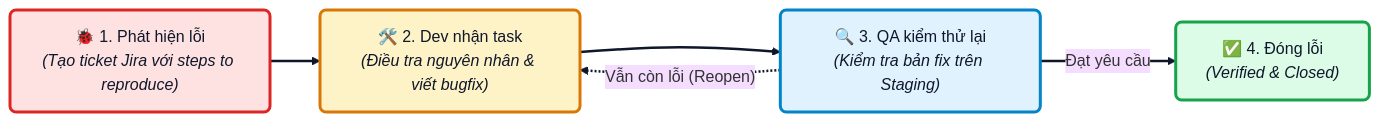
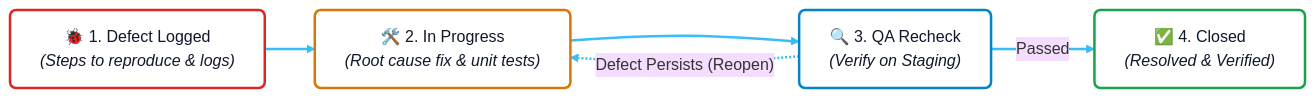
One commit to Huy210205/ts-learning changed the sixth of 8 diagrams in PRODUCT-DEVELOPMENT-PROCESS.md. Above: the diagram before and after it, drawn with Mermaid. The commit also changed other lines of this file, not shown here.

````diff
--- a/PRODUCT-DEVELOPMENT-PROCESS.md
+++ b/PRODUCT-DEVELOPMENT-PROCESS.md
@@ -264,20 +242,20 @@
 ```mermaid
 %%{init: {'theme': 'base', 'themeVariables': { 'fontFamily': 'sans-serif' }}}%%
 flowchart LR
-    classDef newBug fill:#fee2e2,stroke:#dc2626,stroke-width:3px,color:#0f172a,rx:6px,ry:6px
-    classDef devFix fill:#fef3c7,stroke:#d97706,stroke-width:3px,color:#0f172a,rx:6px,ry:6px
-    classDef qaCheck fill:#e0f2fe,stroke:#0284c7,stroke-width:3px,color:#0f172a,rx:6px,ry:6px
-    classDef doneBug fill:#dcfce7,stroke:#16a34a,stroke-width:3px,color:#0f172a,rx:6px,ry:6px
+    classDef newBug fill:#ffffff,stroke:#dc2626,stroke-width:2.5px,color:#0f172a,rx:6px,ry:6px
+    classDef inProg fill:#ffffff,stroke:#d97706,stroke-width:2.5px,color:#0f172a,rx:6px,ry:6px
+    classDef verify fill:#ffffff,stroke:#0284c7,stroke-width:2.5px,color:#0f172a,rx:6px,ry:6px
+    classDef closed fill:#ffffff,stroke:#16a34a,stroke-width:2.5px,color:#0f172a,rx:6px,ry:6px
 
-    B1["🐞 1. Phát hiện lỗi<br/><i>(Tạo ticket Jira với steps to reproduce)</i>"]:::newBug
-    B2["🛠️ 2. Dev nhận task<br/><i>(Điều tra nguyên nhân & viết bugfix)</i>"]:::devFix
-    B3["🔍 3. QA kiểm thử lại<br/><i>(Kiểm tra bản fix trên Staging)</i>"]:::qaCheck
-    B4["✅ 4. Đóng lỗi<br/><i>(Verified & Closed)</i>"]:::doneBug
+    B1["🐞 1. Defect Logged<br/><i>(Steps to reproduce & logs)</i>"]:::newBug
+    B2["🛠️ 2. In Progress<br/><i>(Root cause fix & unit tests)</i>"]:::inProg
+    B3["🔍 3. QA Recheck<br/><i>(Verify on Staging)</i>"]:::verify
+    B4["✅ 4. Closed<br/><i>(Resolved & Verified)</i>"]:::closed
 
     B1 ==> B2
     B2 ==> B3
-    B3 ==>|"Đạt yêu cầu"| B4
-    B3 -.->|"Vẫn còn lỗi (Reopen)"| B2
+    B3 ==>|"Passed"| B4
+    B3 -.->|"Defect Persists (Reopen)"| B2
 
-    linkStyle default stroke:#0f172a,stroke-width:2.5px;
+    linkStyle default stroke:#38bdf8,stroke-width:2.5px;
 ```
````
